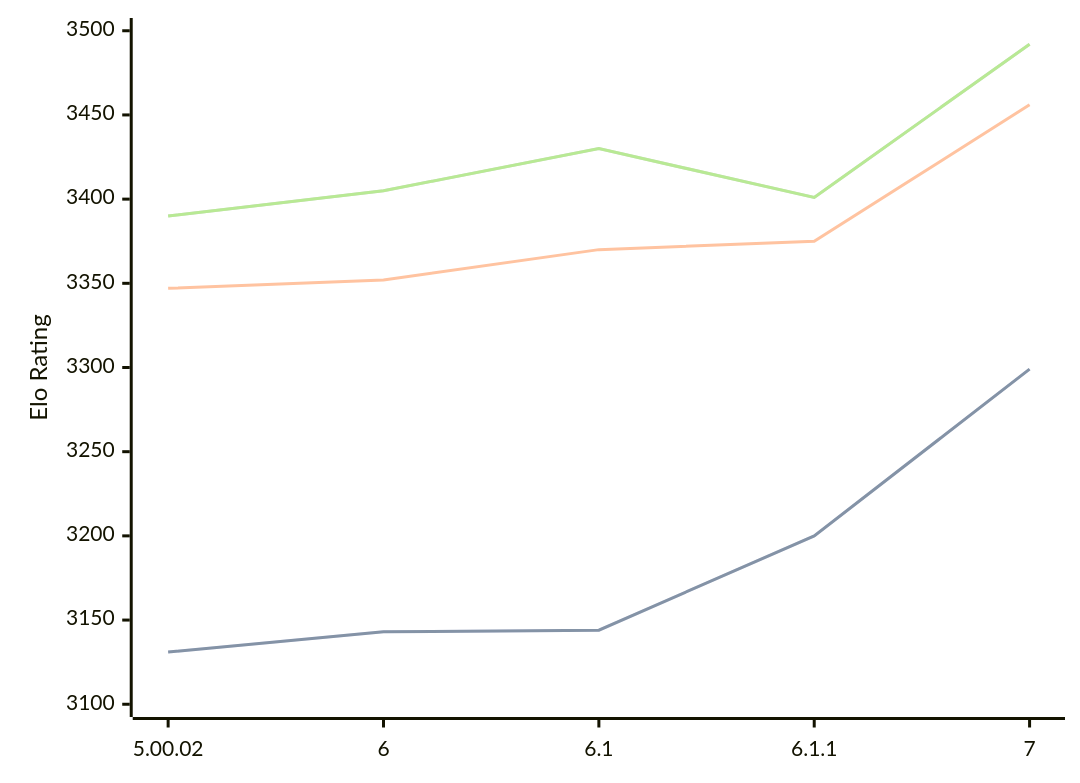
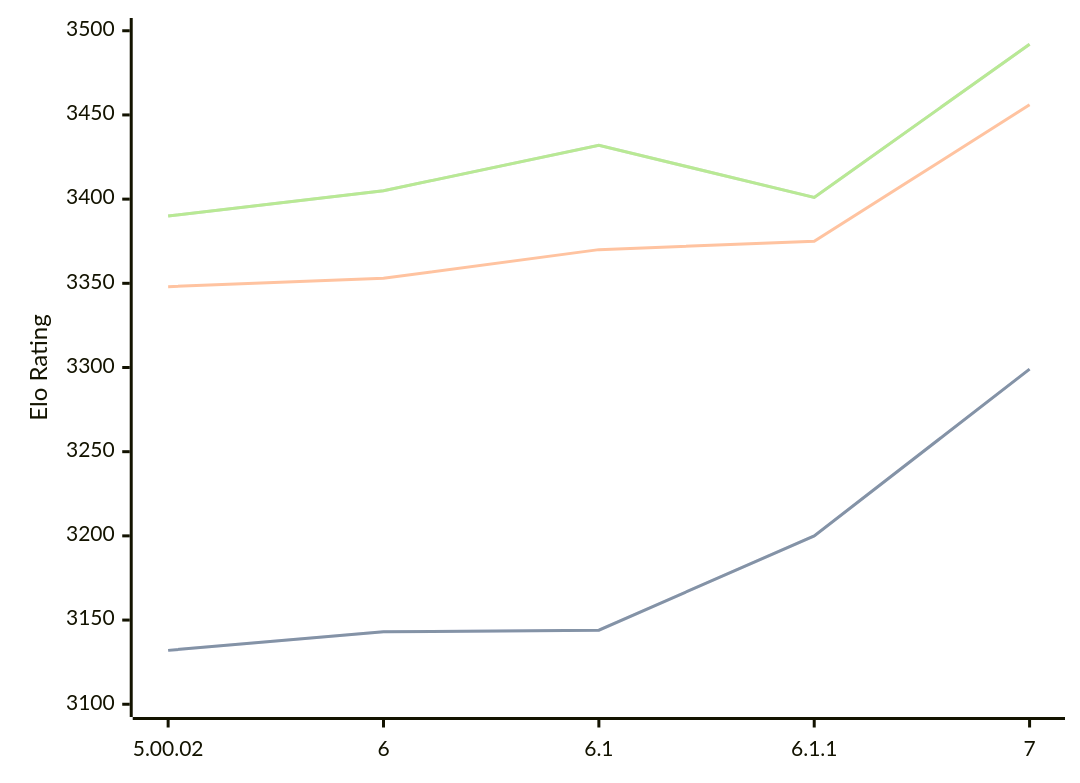
Before and after one commit to computer-chess-index/cci: the diagram in engines/Zangdar.md, drawn with Mermaid. The commit also changed other lines of this file, not shown here.

Commit message:
Update CCI Ratings (ELO VLTC) - 2026-08-25

````diff
--- a/engines/Zangdar.md
+++ b/engines/Zangdar.md
@@ -35,11 +35,11 @@
 ```mermaid
 %%{init: {"theme":"base","themeVariables":{"seriesColors:['#a3a3a3','#222221','#faa371']}}}%%
 xychart-beta
   x-axis ["5.00.02", "6", "6.1", "6.1.1", "7"]
   y-axis "Elo Rating" 3100 --> 3500
-  line "STC (8.0+0.08s)" [3131, 3143, 3144, 3200, 3299]
-  line "STC (8.0+0.08s)" [3131, 3143, 3144, 3200, 3299]
-  line "LTC (60.0+0.60s)" [3347, 3352, 3370, 3375, 3456]
-  line "VLTC (2m24s+1.12s)" [3390, 3405, 3430, 3401, 3492]
-  line "VLTC (2m24s+1.12s)" [3390, 3405, 3430, 3401, 3492]
+  line "STC (8.0+0.08s)" [3132, 3143, 3144, 3200, 3299]
+  line "STC (8.0+0.08s)" [3132, 3143, 3144, 3200, 3299]
+  line "LTC (60.0+0.60s)" [3348, 3353, 3370, 3375, 3456]
+  line "VLTC (2m24s+1.12s)" [3390, 3405, 3432, 3401, 3492]
+  line "VLTC (2m24s+1.12s)" [3390, 3405, 3432, 3401, 3492]
 ```
````
